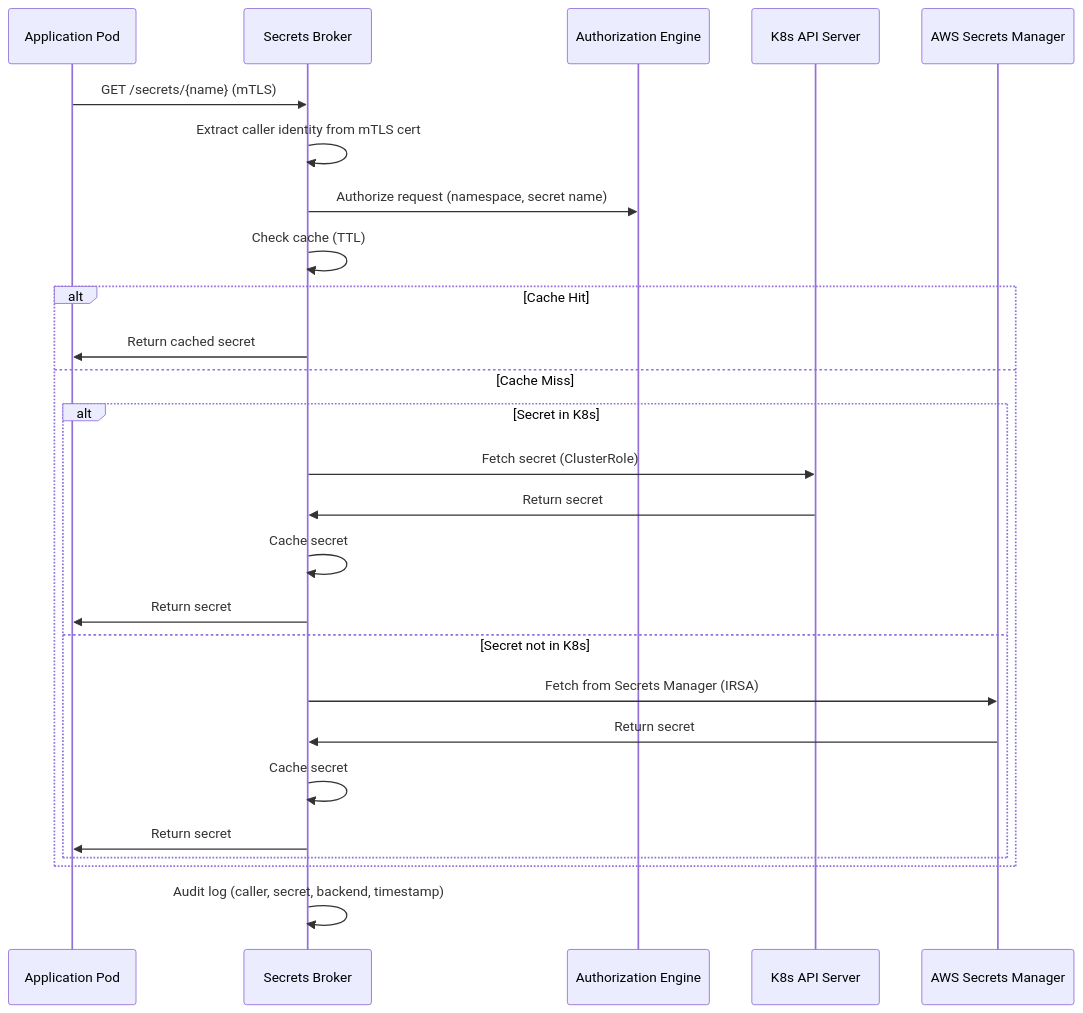
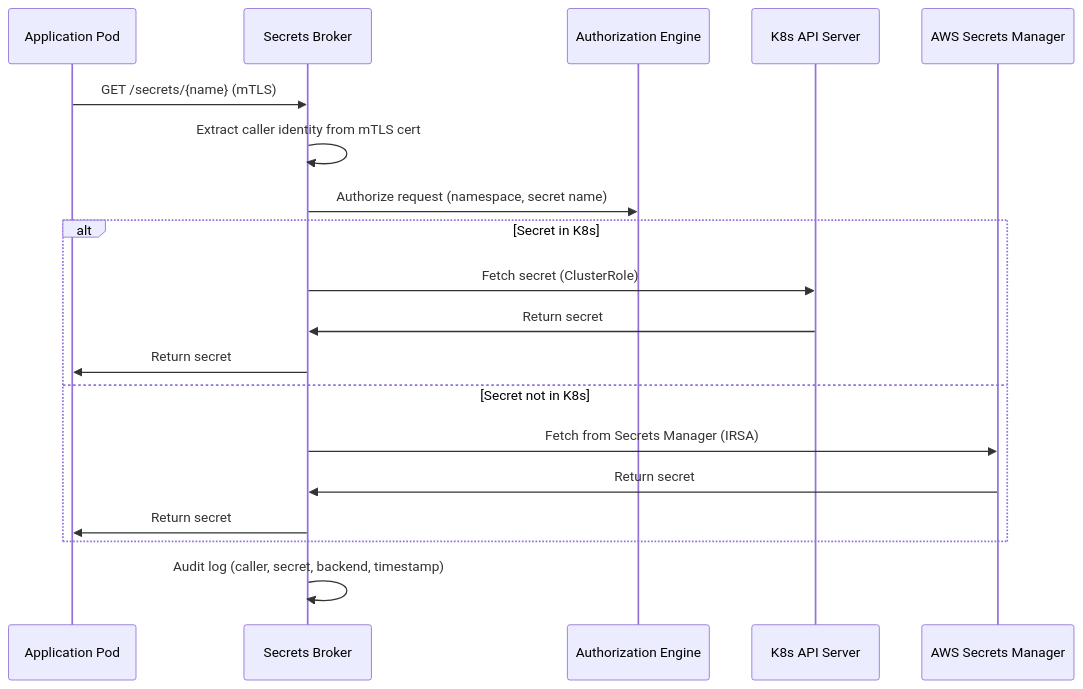
Before and after one commit to caretak3r/secrets-router: the fourth of 9 diagrams in ADR.md, drawn with Mermaid. The commit also changed other lines of this file, not shown here.

````diff
--- a/ADR.md
+++ b/ADR.md
@@ -191,31 +179,24 @@
 ```mermaid
 sequenceDiagram
     participant App as Application Pod
     participant SB as Secrets Broker
     participant Auth as Authorization Engine
     participant K8S as K8s API Server
     participant AWS as AWS Secrets Manager
     
     App->>SB: GET /secrets/{name} (mTLS)
     SB->>SB: Extract caller identity from mTLS cert
     SB->>Auth: Authorize request (namespace, secret name)
-    SB->>SB: Check cache (TTL)
     
-    alt Cache Hit
-        SB->>App: Return cached secret
-    else Cache Miss
-        alt Secret in K8s
-            SB->>K8S: Fetch secret (ClusterRole)
-            K8S->>SB: Return secret
-            SB->>SB: Cache secret
-            SB->>App: Return secret
-        else Secret not in K8s
-            SB->>AWS: Fetch from Secrets Manager (IRSA)
-            AWS->>SB: Return secret
-            SB->>SB: Cache secret
-            SB->>App: Return secret
-        end
+    alt Secret in K8s
+        SB->>K8S: Fetch secret (ClusterRole)
+        K8S->>SB: Return secret
+        SB->>App: Return secret
+    else Secret not in K8s
+        SB->>AWS: Fetch from Secrets Manager (IRSA)
+        AWS->>SB: Return secret
+        SB->>App: Return secret
     end
     
     SB->>SB: Audit log (caller, secret, backend, timestamp)
 ```
````
